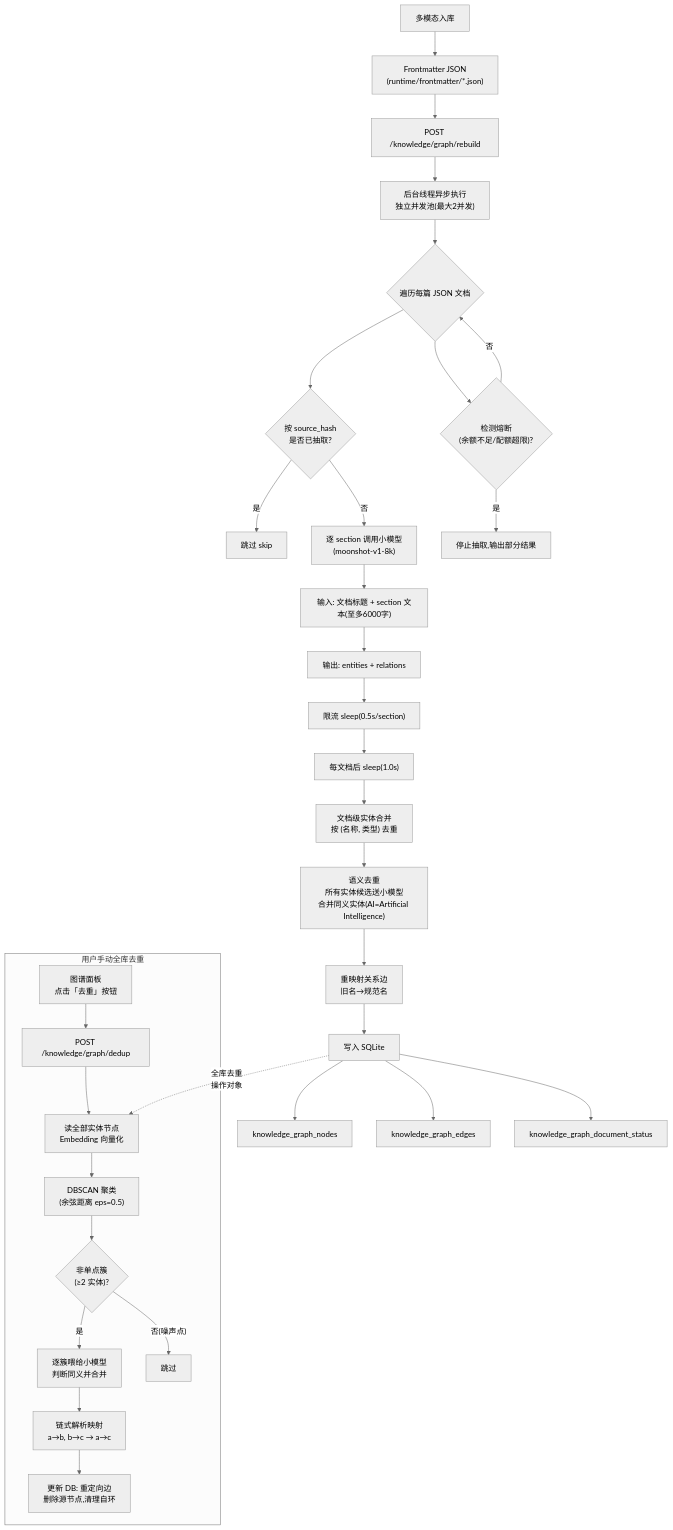
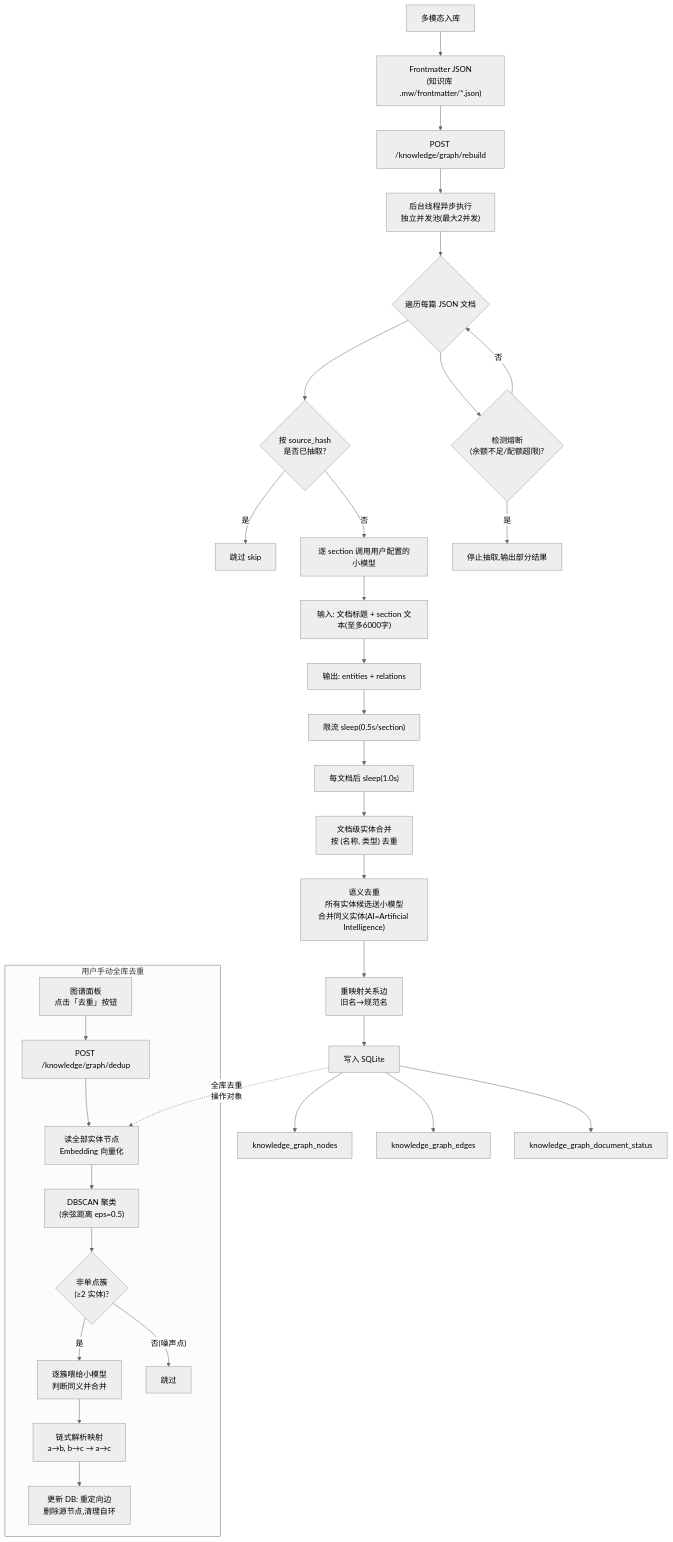
One commit to xiao-Huahuo/Agent-Core-Service changed diagram 21 of 23 in README.md. Above: the diagram before and after it, drawn with Mermaid (neutral theme). The commit also changed other lines of this file and 12 other files, not shown here.

````diff
--- a/README.md
+++ b/README.md
@@ -1213,38 +1120,38 @@
 ```mermaid
 flowchart TD
-    A["多模态入库"] --> B["Frontmatter JSON<br/>(runtime/frontmatter/*.json)"]
+    A["多模态入库"] --> B["Frontmatter JSON<br/>(知识库 .mw/frontmatter/*.json)"]
     B --> C["POST /knowledge/graph/rebuild"]
     C --> D["后台线程异步执行<br/>独立并发池(最大2并发)"]
     D --> E{"遍历每篇 JSON 文档"}
     E --> F{"按 source_hash<br/>是否已抽取?"}
     F -->|"是"| G["跳过 skip"]
-    F -->|"否"| H["逐 section 调用小模型<br/>(moonshot-v1-8k)"]
+    F -->|"否"| H["逐 section 调用用户配置的小模型"]
     H --> I["输入: 文档标题 + section 文本(至多6000字)"]
     I --> J["输出: entities + relations"]
     J --> K["限流 sleep(0.5s/section)"]
     K --> L["每文档后 sleep(1.0s)"]
     L --> M["文档级实体合并<br/>按 (名称, 类型) 去重"]
     M --> N["语义去重<br/>所有实体候选送小模型<br/>合并同义实体(AI=Artificial Intelligence)"]
     N --> O["重映射关系边<br/>旧名→规范名"]
     O --> P["写入 SQLite"]
     P --> Q["knowledge_graph_nodes"]
     P --> R["knowledge_graph_edges"]
     P --> S["knowledge_graph_document_status"]
     E --> T{"检测熔断<br/>(余额不足/配额超限)?"}
     T -->|"是"| U["停止抽取,输出部分结果"]
     T -->|"否"| E
 
     subgraph manual_dedup["用户手动全库去重"]
         V["图谱面板<br/>点击「去重」按钮"] --> W["POST /knowledge/graph/dedup"]
         W --> X["读全部实体节点<br/>Embedding 向量化"]
         X --> Y["DBSCAN 聚类<br/>(余弦距离 eps=0.5)"]
         Y --> Z{"非单点簇<br/>(≥2 实体)?"}
         Z -->|"是"| AA["逐簇喂给小模型<br/>判断同义并合并"]
         Z -->|"否(噪声点)"| AB["跳过"]
         AA --> AC["链式解析映射<br/>a→b, b→c → a→c"]
         AC --> AD["更新 DB: 重定向边<br/>删除源节点,清理自环"]
     end
 
     P -.->|"全库去重<br/>操作对象"| X
 
 ```
````
